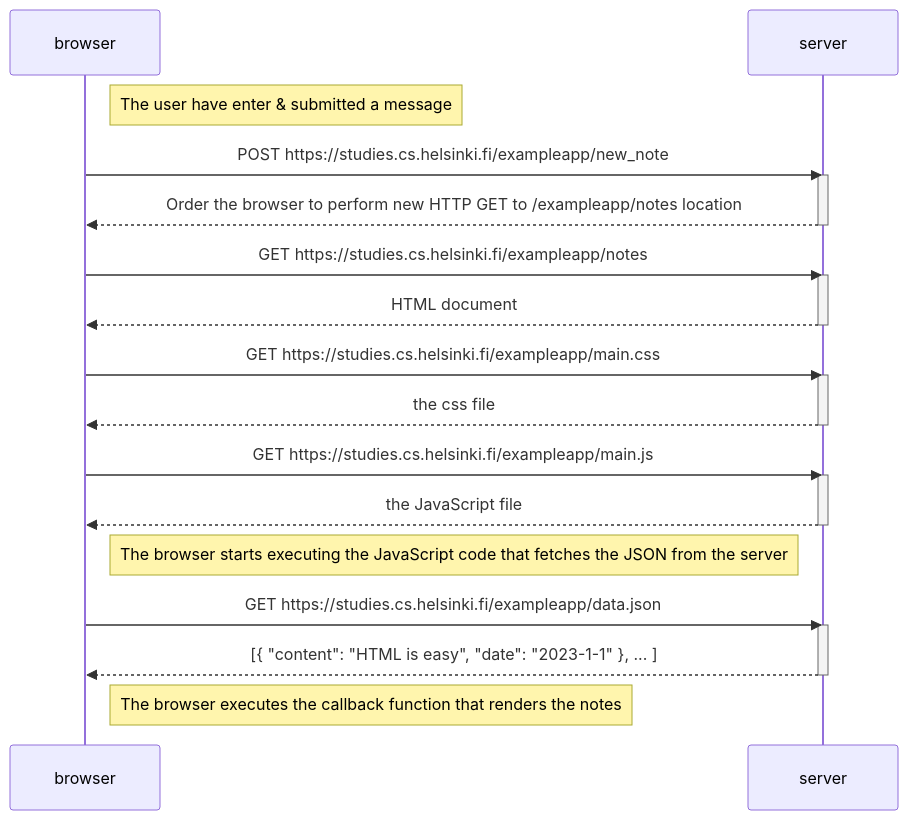
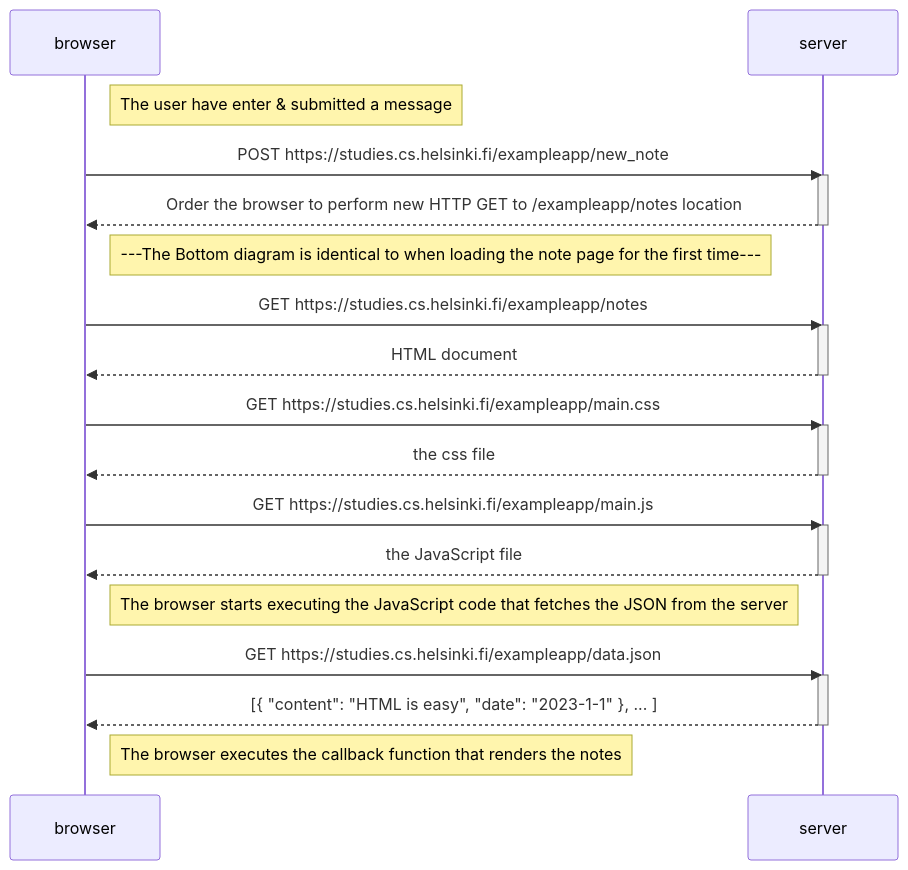
The diagram in part-0/0.4_new-note-diagram/newNoteDiagram.md (youssef-el-atmani/Full-Stack-Open), drawn with Mermaid before and after one commit.

Commit message:
Add note

````diff
--- a/part-0/0.4_new-note-diagram/newNoteDiagram.md
+++ b/part-0/0.4_new-note-diagram/newNoteDiagram.md
@@ -1,35 +1,37 @@
 ```mermaid
 sequenceDiagram
     participant browser
     participant server
 
     Note right of browser: The user have enter & submitted a message
     browser->>server: POST https://studies.cs.helsinki.fi/exampleapp/new_note
     activate server
     server-->>browser: Order the browser to perform new HTTP GET to /exampleapp/notes location
     deactivate server
+
+    Note right of browser: ---The Bottom diagram is identical to when loading the note page for the first time---
 
     browser->>server: GET https://studies.cs.helsinki.fi/exampleapp/notes
     activate server
     server-->>browser: HTML document
     deactivate server
 
     browser->>server: GET https://studies.cs.helsinki.fi/exampleapp/main.css
     activate server
     server-->>browser: the css file
     deactivate server
 
     browser->>server: GET https://studies.cs.helsinki.fi/exampleapp/main.js
     activate server
     server-->>browser: the JavaScript file
     deactivate server
 
     Note right of browser: The browser starts executing the JavaScript code that fetches the JSON from the server
 
     browser->>server: GET https://studies.cs.helsinki.fi/exampleapp/data.json
     activate server
     server-->>browser: [{ "content": "HTML is easy", "date": "2023-1-1" }, ... ]
     deactivate server
 
     Note right of browser: The browser executes the callback function that renders the notes
 ```
````
